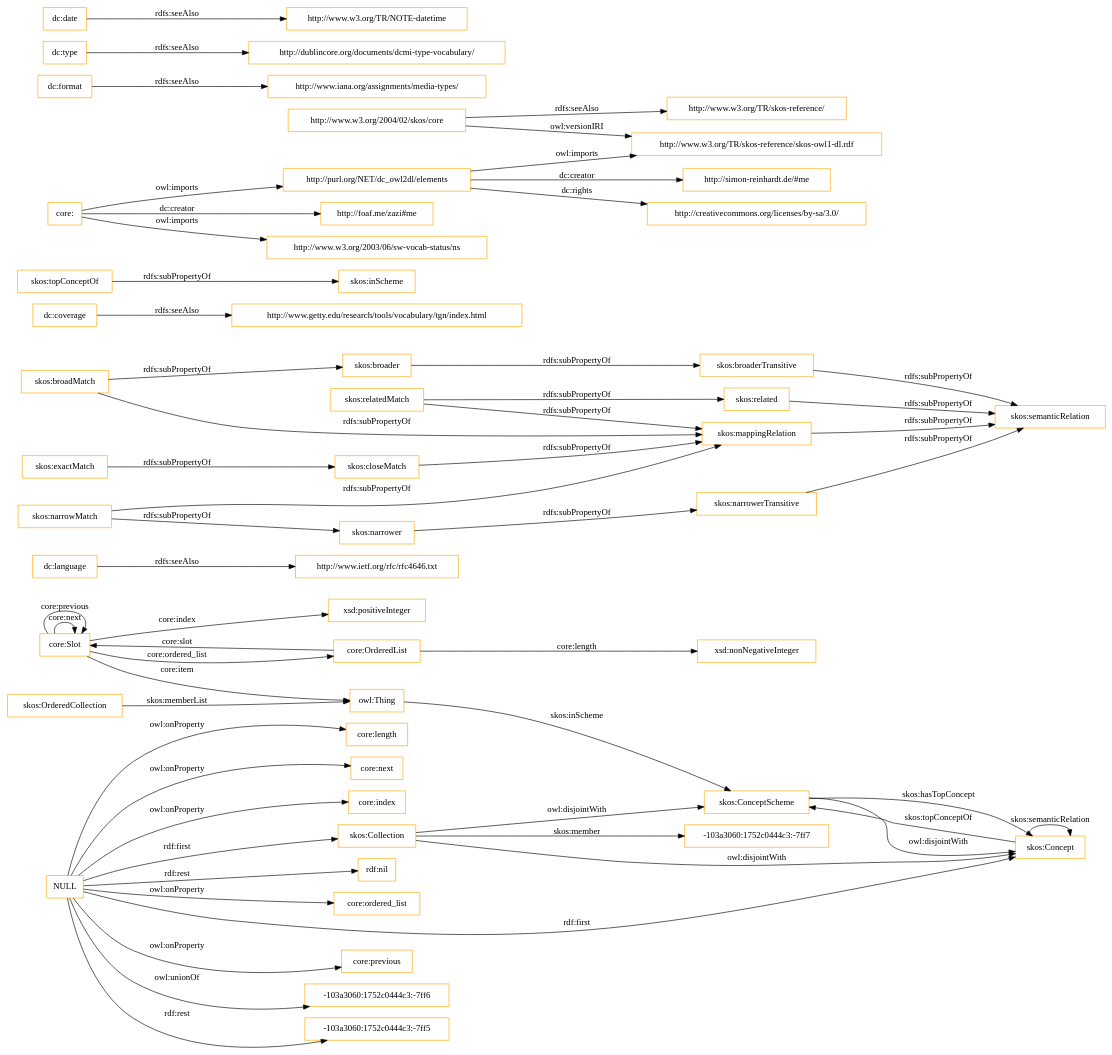
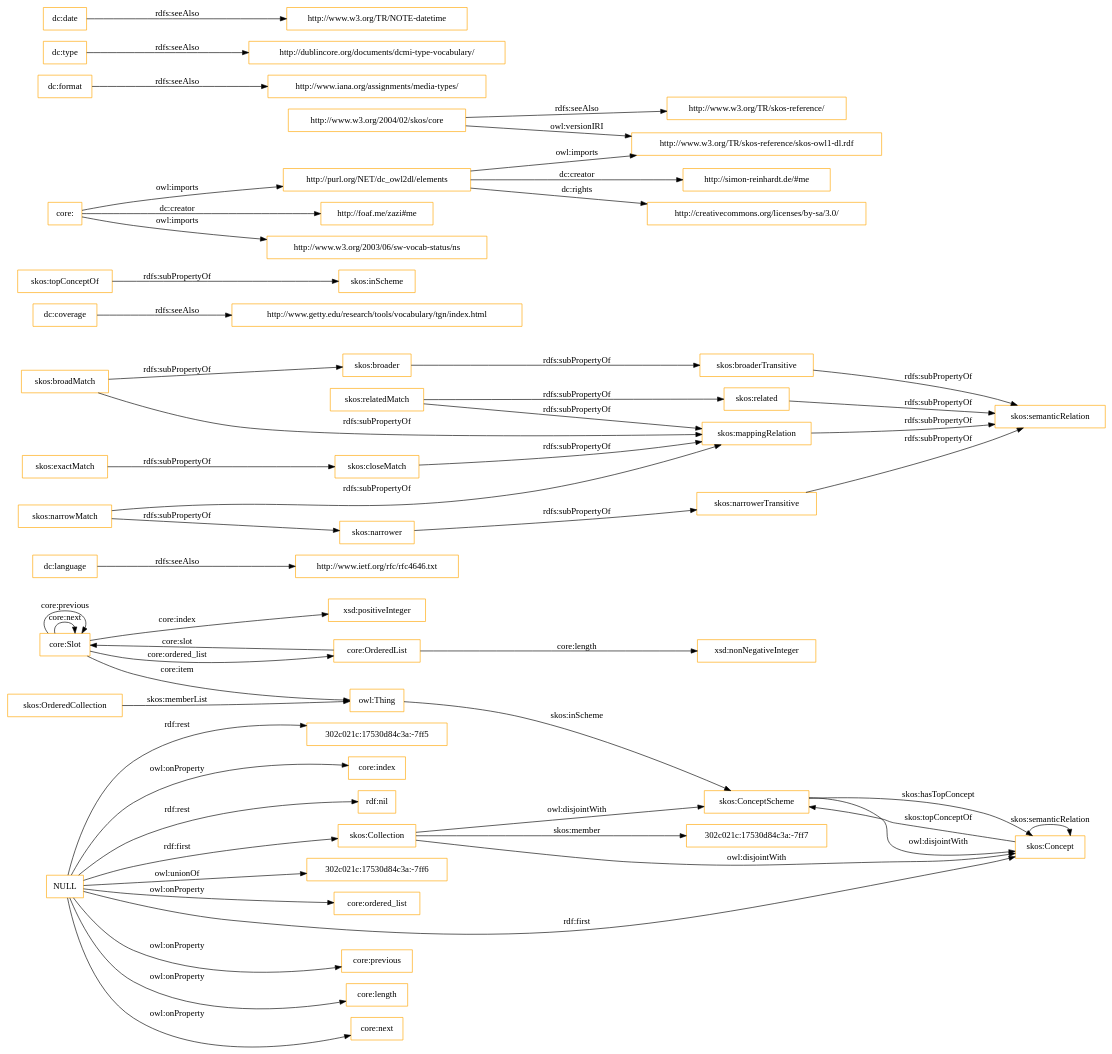
The diagram in OnToology/imports/core.owl/diagrams/ar2dtool-class/core.owl.png.dot (OnToologyUser/core-ontology-1), drawn with Graphviz before and after one commit. The commit also changed 14 other files, not shown here.

```diff
--- a/OnToology/imports/core.owl/diagrams/ar2dtool-class/core.owl.png.dot
+++ b/OnToology/imports/core.owl/diagrams/ar2dtool-class/core.owl.png.dot
@@ -1,60 +1,60 @@
 digraph ar2dtool_diagram { 
 rankdir=LR;
 size="1501"
-node [shape = rectangle, color="orange"]; "core:Slot" "core:OrderedList" "-103a3060:1752c0444c3:-7ff7" "skos:OrderedCollection" "skos:Collection" "skos:ConceptScheme" "skos:Concept" ; /*classes style*/
+node [shape = rectangle, color="orange"]; "core:Slot" "core:OrderedList" "302c021c:17530d84c3a:-7ff7" "skos:OrderedCollection" "skos:Collection" "skos:ConceptScheme" "skos:Concept" ; /*classes style*/
 	"dc:language" -> "http://www.ietf.org/rfc/rfc4646.txt" [ label = "rdfs:seeAlso" ];
 	"NULL" -> "core:previous" [ label = "owl:onProperty" ];
-	"NULL" -> "-103a3060:1752c0444c3:-7ff6" [ label = "owl:unionOf" ];
-	"NULL" -> "-103a3060:1752c0444c3:-7ff5" [ label = "rdf:rest" ];
 	"NULL" -> "core:length" [ label = "owl:onProperty" ];
 	"NULL" -> "skos:Concept" [ label = "rdf:first" ];
 	"NULL" -> "core:next" [ label = "owl:onProperty" ];
+	"NULL" -> "302c021c:17530d84c3a:-7ff5" [ label = "rdf:rest" ];
 	"NULL" -> "core:index" [ label = "owl:onProperty" ];
 	"NULL" -> "rdf:nil" [ label = "rdf:rest" ];
+	"NULL" -> "302c021c:17530d84c3a:-7ff6" [ label = "owl:unionOf" ];
 	"NULL" -> "core:ordered_list" [ label = "owl:onProperty" ];
 	"NULL" -> "skos:Collection" [ label = "rdf:first" ];
 	"skos:closeMatch" -> "skos:mappingRelation" [ label = "rdfs:subPropertyOf" ];
 	"dc:coverage" -> "http://www.getty.edu/research/tools/vocabulary/tgn/index.html" [ label = "rdfs:seeAlso" ];
 	"skos:relatedMatch" -> "skos:related" [ label = "rdfs:subPropertyOf" ];
 	"skos:relatedMatch" -> "skos:mappingRelation" [ label = "rdfs:subPropertyOf" ];
 	"skos:ConceptScheme" -> "skos:Concept" [ label = "owl:disjointWith" ];
 	"skos:related" -> "skos:semanticRelation" [ label = "rdfs:subPropertyOf" ];
 	"skos:topConceptOf" -> "skos:inScheme" [ label = "rdfs:subPropertyOf" ];
 	"skos:broadMatch" -> "skos:broader" [ label = "rdfs:subPropertyOf" ];
 	"skos:broadMatch" -> "skos:mappingRelation" [ label = "rdfs:subPropertyOf" ];
 	"http://purl.org/NET/dc_owl2dl/elements" -> "http://www.w3.org/TR/skos-reference/skos-owl1-dl.rdf" [ label = "owl:imports" ];
 	"http://purl.org/NET/dc_owl2dl/elements" -> "http://creativecommons.org/licenses/by-sa/3.0/" [ label = "dc:rights" ];
 	"http://purl.org/NET/dc_owl2dl/elements" -> "http://simon-reinhardt.de/#me" [ label = "dc:creator" ];
 	"skos:exactMatch" -> "skos:closeMatch" [ label = "rdfs:subPropertyOf" ];
 	"dc:format" -> "http://www.iana.org/assignments/media-types/" [ label = "rdfs:seeAlso" ];
 	"core:" -> "http://foaf.me/zazi#me" [ label = "dc:creator" ];
 	"core:" -> "http://www.w3.org/2003/06/sw-vocab-status/ns" [ label = "owl:imports" ];
 	"core:" -> "http://purl.org/NET/dc_owl2dl/elements" [ label = "owl:imports" ];
 	"skos:broaderTransitive" -> "skos:semanticRelation" [ label = "rdfs:subPropertyOf" ];
 	"skos:mappingRelation" -> "skos:semanticRelation" [ label = "rdfs:subPropertyOf" ];
 	"skos:broader" -> "skos:broaderTransitive" [ label = "rdfs:subPropertyOf" ];
 	"dc:type" -> "http://dublincore.org/documents/dcmi-type-vocabulary/" [ label = "rdfs:seeAlso" ];
 	"http://www.w3.org/2004/02/skos/core" -> "http://www.w3.org/TR/skos-reference/skos-owl1-dl.rdf" [ label = "owl:versionIRI" ];
 	"http://www.w3.org/2004/02/skos/core" -> "http://www.w3.org/TR/skos-reference/" [ label = "rdfs:seeAlso" ];
 	"skos:Collection" -> "skos:ConceptScheme" [ label = "owl:disjointWith" ];
 	"skos:Collection" -> "skos:Concept" [ label = "owl:disjointWith" ];
 	"skos:narrowMatch" -> "skos:narrower" [ label = "rdfs:subPropertyOf" ];
 	"skos:narrowMatch" -> "skos:mappingRelation" [ label = "rdfs:subPropertyOf" ];
 	"skos:narrower" -> "skos:narrowerTransitive" [ label = "rdfs:subPropertyOf" ];
 	"dc:date" -> "http://www.w3.org/TR/NOTE-datetime" [ label = "rdfs:seeAlso" ];
 	"skos:narrowerTransitive" -> "skos:semanticRelation" [ label = "rdfs:subPropertyOf" ];
 	"core:Slot" -> "xsd:positiveInteger" [ label = "core:index" ];
 	"skos:Concept" -> "skos:ConceptScheme" [ label = "skos:topConceptOf" ];
 	"core:Slot" -> "owl:Thing" [ label = "core:item" ];
 	"core:OrderedList" -> "xsd:nonNegativeInteger" [ label = "core:length" ];
 	"core:OrderedList" -> "core:Slot" [ label = "core:slot" ];
-	"skos:Collection" -> "-103a3060:1752c0444c3:-7ff7" [ label = "skos:member" ];
+	"skos:Collection" -> "302c021c:17530d84c3a:-7ff7" [ label = "skos:member" ];
 	"core:Slot" -> "core:Slot" [ label = "core:next" ];
 	"skos:ConceptScheme" -> "skos:Concept" [ label = "skos:hasTopConcept" ];
 	"owl:Thing" -> "skos:ConceptScheme" [ label = "skos:inScheme" ];
 	"core:Slot" -> "core:Slot" [ label = "core:previous" ];
 	"skos:OrderedCollection" -> "owl:Thing" [ label = "skos:memberList" ];
 	"skos:Concept" -> "skos:Concept" [ label = "skos:semanticRelation" ];
 	"core:Slot" -> "core:OrderedList" [ label = "core:ordered_list" ];
 
 }
```
